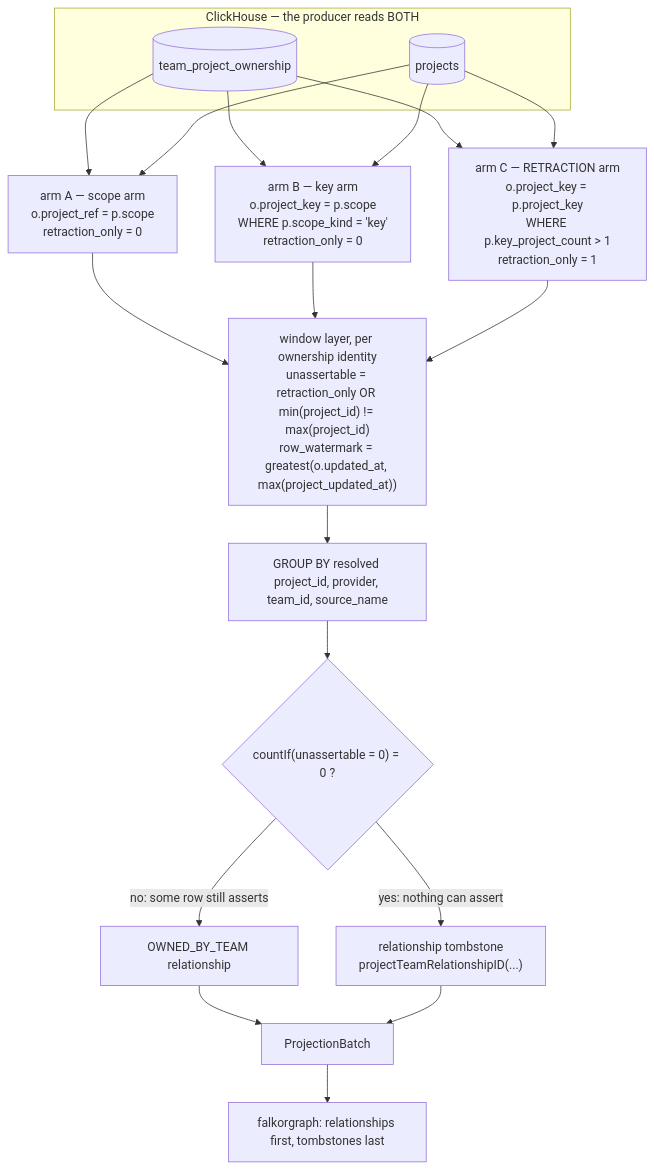
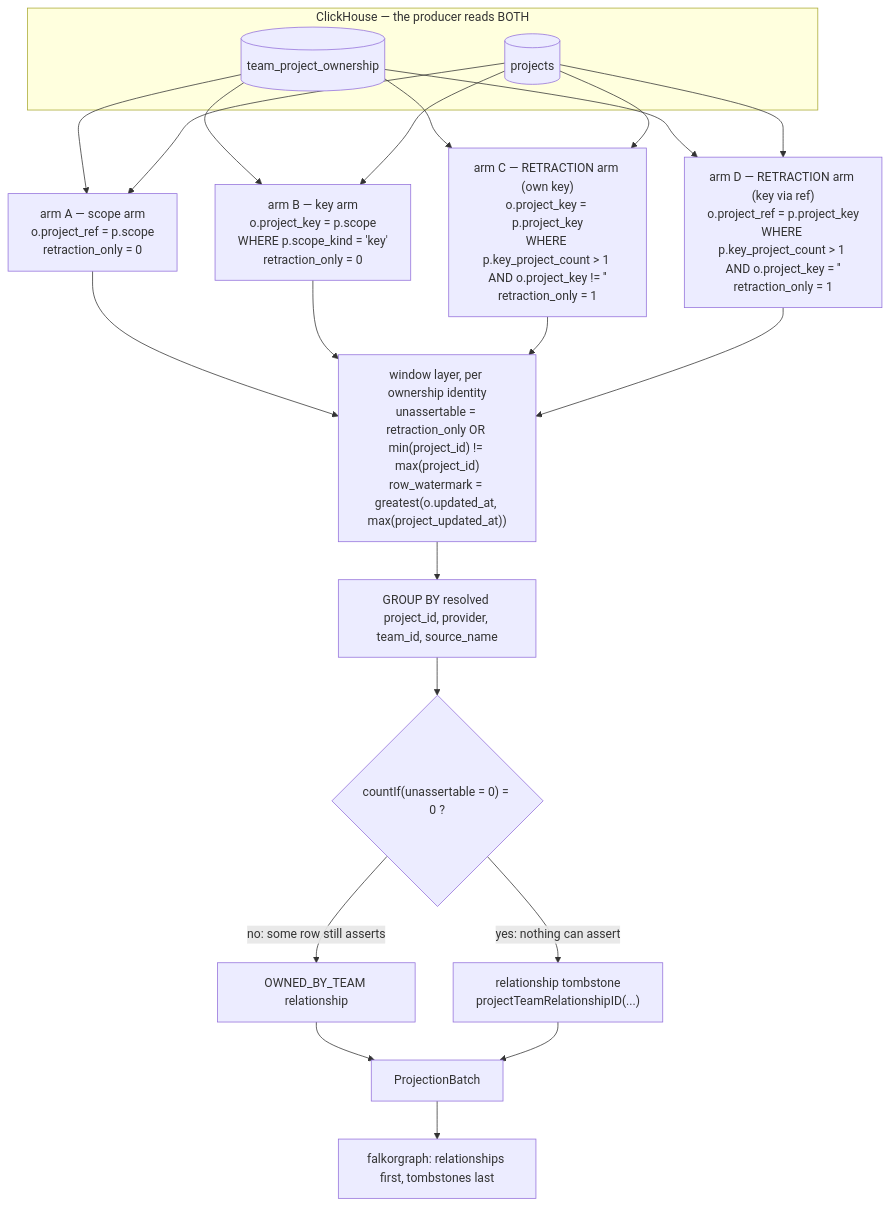
The diagram in docs/design/context-fabric-ownership-edge-retraction.md (full-chaos/dev-health-acr), drawn with Mermaid before and after one commit. The commit also changed other lines of this file and 6 other files, not shown here.

````diff
--- a/docs/design/context-fabric-ownership-edge-retraction.md
+++ b/docs/design/context-fabric-ownership-edge-retraction.md
@@ -59,27 +59,30 @@
 ```mermaid
 flowchart TD
     subgraph src["ClickHouse — the producer reads BOTH"]
         TPO[("team_project_ownership")]
         PRJ[("projects")]
     end
 
     TPO --> A["arm A — scope arm<br/>o.project_ref = p.scope<br/>retraction_only = 0"]
     TPO --> B["arm B — key arm<br/>o.project_key = p.scope<br/>WHERE p.scope_kind = 'key'<br/>retraction_only = 0"]
-    TPO --> C["arm C — RETRACTION arm<br/>o.project_key = p.project_key<br/>WHERE p.key_project_count > 1<br/>retraction_only = 1"]
+    TPO --> C["arm C — RETRACTION arm (own key)<br/>o.project_key = p.project_key<br/>WHERE p.key_project_count > 1 AND o.project_key != ''<br/>retraction_only = 1"]
+    TPO --> D["arm D — RETRACTION arm (key via ref)<br/>o.project_ref = p.project_key<br/>WHERE p.key_project_count > 1 AND o.project_key = ''<br/>retraction_only = 1"]
     PRJ --> A
     PRJ --> B
     PRJ --> C
+    PRJ --> D
 
     A --> W["window layer, per ownership identity<br/>unassertable = retraction_only OR min(project_id) != max(project_id)<br/>row_watermark = greatest(o.updated_at, max(project_updated_at))"]
     B --> W
     C --> W
+    D --> W
 
     W --> G["GROUP BY resolved project_id, provider, team_id, source_name"]
     G --> Q{"countIf(unassertable = 0) = 0 ?"}
     Q -- "no: some row still asserts" --> E["OWNED_BY_TEAM relationship"]
     Q -- "yes: nothing can assert" --> T["relationship tombstone<br/>projectTeamRelationshipID(...)"]
 
     E --> BATCH["ProjectionBatch"]
     T --> BATCH
     BATCH --> FG["falkorgraph: relationships first, tombstones last"]
 ```
````
